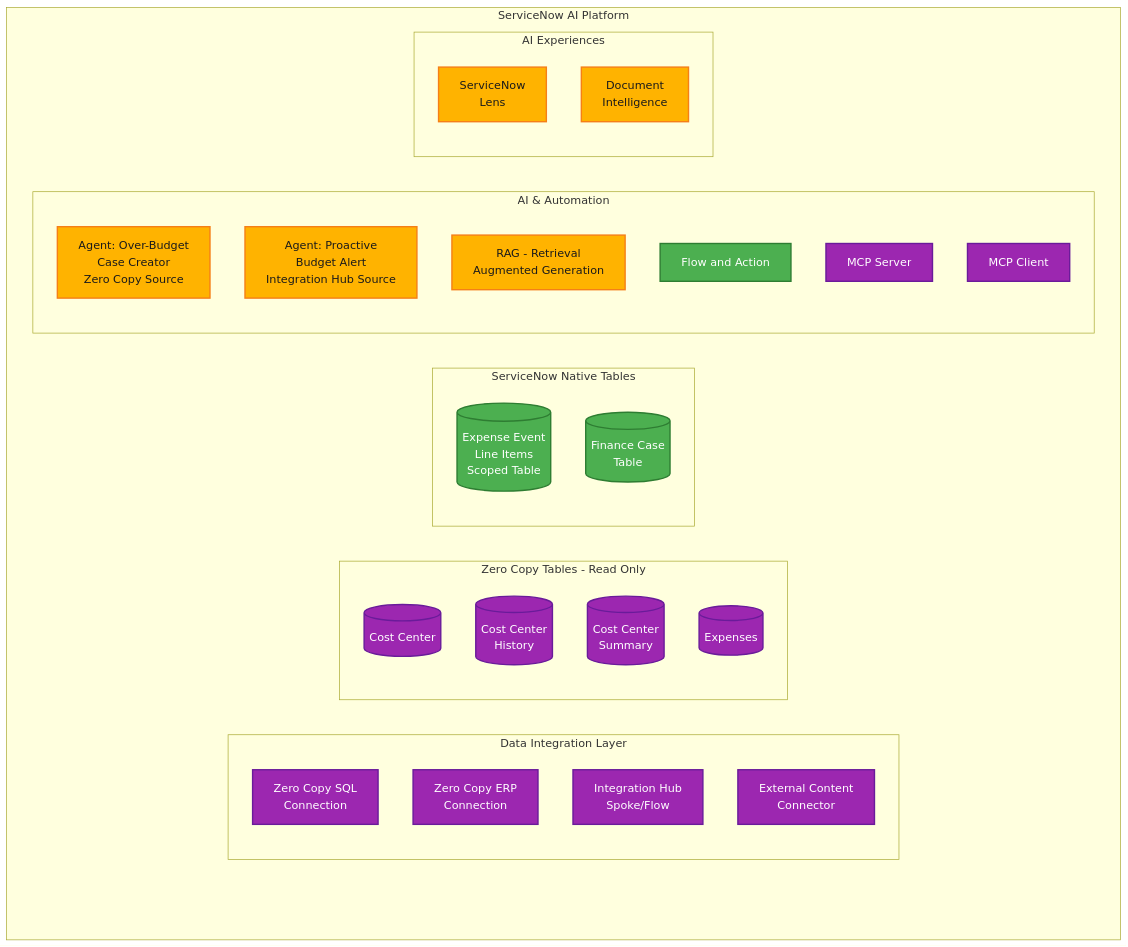
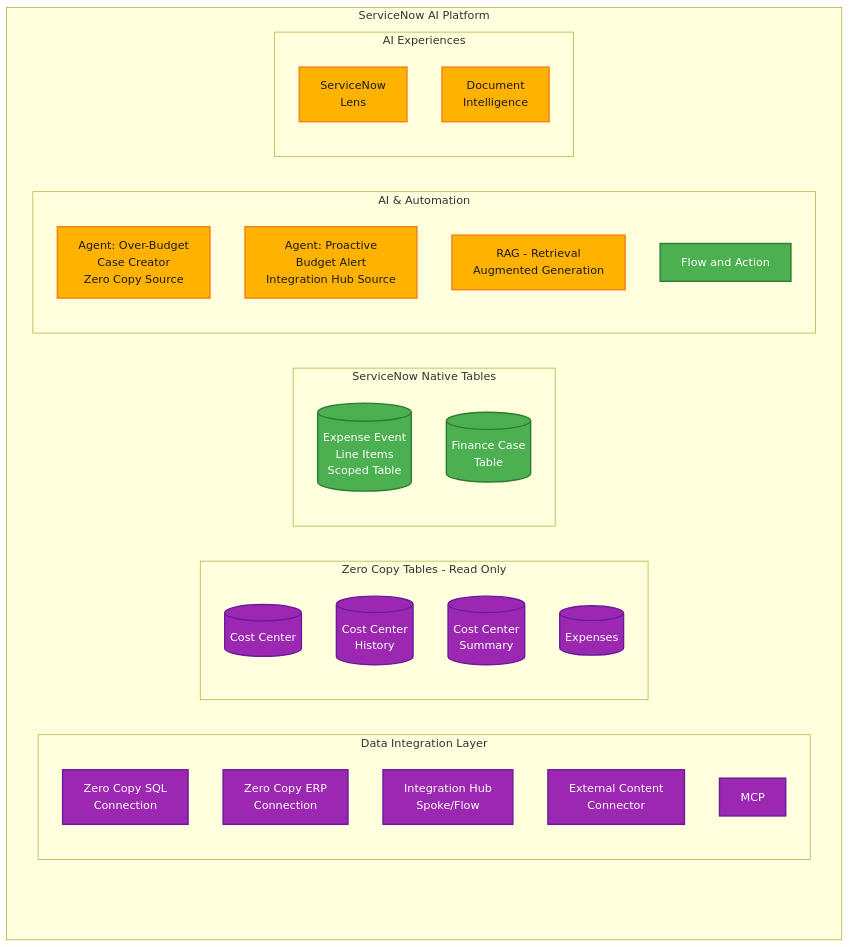
One commit to leojacinto/WorkflowDataFabric-TypeA changed the third of 4 diagrams in data-and-flow-diagrams.md. Above: the diagram before and after it, drawn with Mermaid.

Commit message:
GITBOOK-126: No subject

````diff
--- a/data-and-flow-diagrams.md
+++ b/data-and-flow-diagrams.md
@@ -61,55 +61,55 @@
 ```mermaid
-graph TB
+graph 
     subgraph "ServiceNow AI Platform"
         spacer[ ]:::hidden
         subgraph "Data Integration Layer"
             ZeroCopySQL[Zero Copy SQL<br/>Connection]
             ZeroCopyERP[Zero Copy ERP<br/>Connection]
             IntHub[Integration Hub<br/>Spoke/Flow]
             ExtContent[External Content<br/>Connector]
+            MCP[MCP]
         end
 
         subgraph "Zero Copy Tables - Read Only"
             ZCCC[(Cost Center)]
             ZCCH[(Cost Center</br>History)]
             ZCCS[(Cost Center</br>Summary)]
             ZCExp[(Expenses)]
         end
 
         subgraph "ServiceNow Native Tables"
             ExpenseTable[(Expense Event<br/>Line Items<br/>Scoped Table)]
             FinCase[(Finance Case<br/>Table)]
         end
 
 
         subgraph "AI & Automation"
             Agent1[Agent: Over-Budget<br/>Case Creator<br/>Zero Copy Source]
             Agent2[Agent: Proactive<br/>Budget Alert<br/>Integration Hub Source]
             RAG[RAG - Retrieval<br/>Augmented Generation]
             FlowAction[Flow and Action]
-            MCP[MCP Server]
-            MCPC[MCP Client]
+
         end
 
         subgraph "AI Experiences"
             Lens["ServiceNow</br>Lens"]
             DocIntel["Document</br>Intelligence"]
         end
     end
 
     %% Styling
     classDef external fill:#2196F3,stroke:#1565C0,stroke-width:2px,color:#fff
     classDef user fill:#F5F5F5,stroke:#616161,stroke-width:3px,color:#1a1a1a
     classDef nowassist fill:#FFB300,stroke:#F57F17,stroke-width:2px,color:#1a1a1a
     classDef platform fill:#4CAF50,stroke:#2E7D32,stroke-width:2px,color:#fff
     classDef wdf fill:#9C27B0,stroke:#6A1B9A,stroke-width:2px,color:#fff
     classDef hidden fill:none,stroke:none,color:transparent,font-size:0
 
     class ZeroCopySQL,ZeroCopyERP,IntHub,ExtContent wdf
     class ZCCC,ZCCH,ZCCS,ZCExp wdf
     class ExpenseTable,FinCase platform
     class FlowAction platform
     class Agent1,Agent2,RAG nowassist
     class MCP,MCPC wdf
     class Lens,DocIntel nowassist
 ```
````
